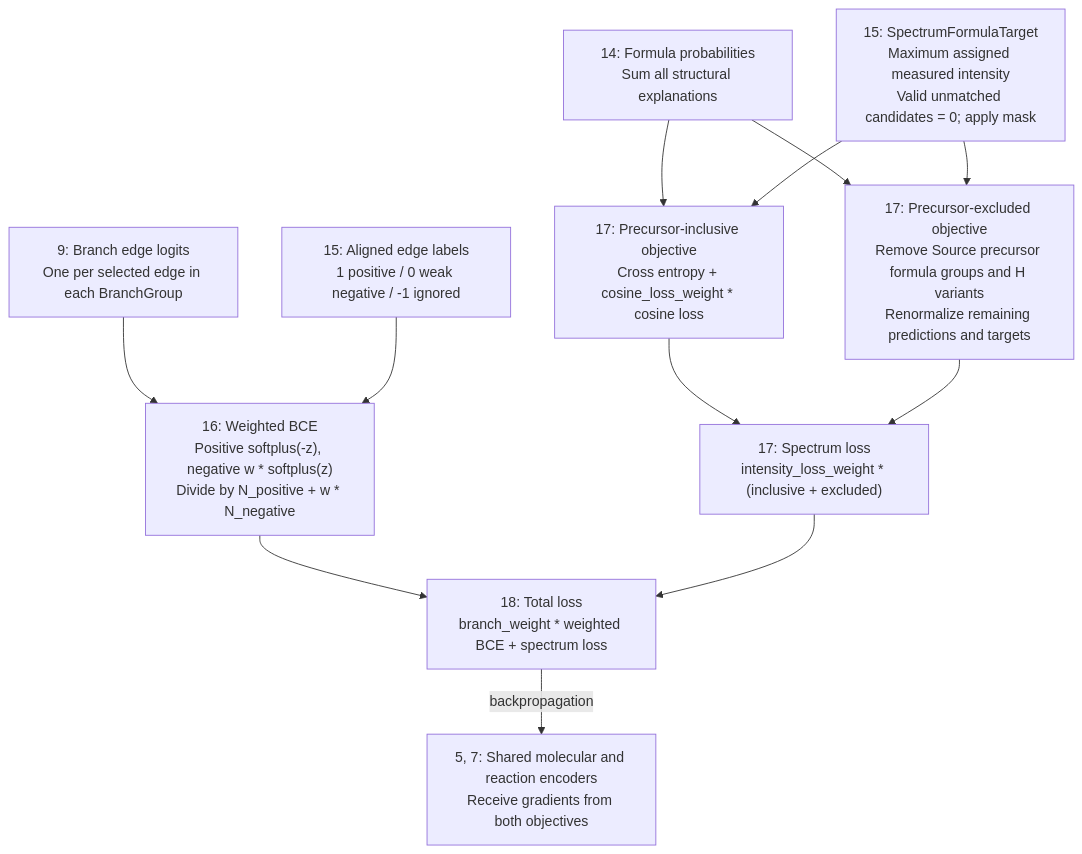
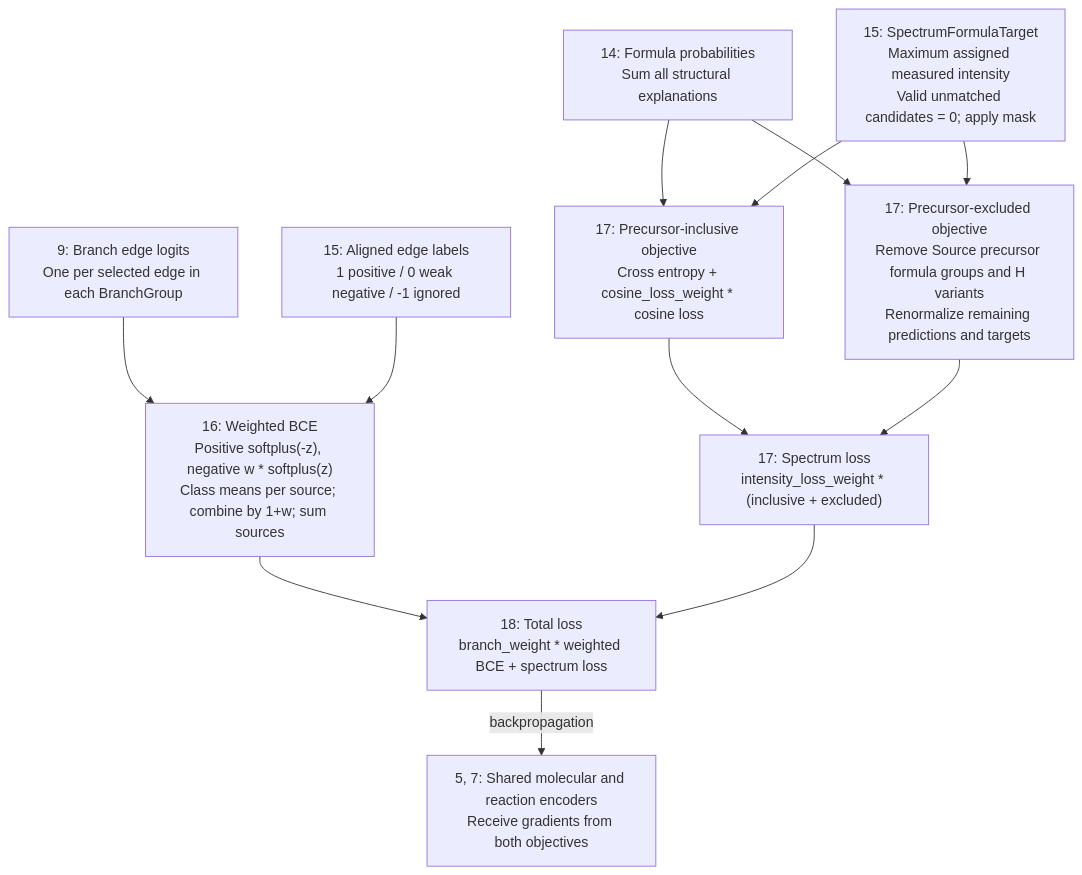
One commit to MotohiroOGAWA/FREDIS changed the third of 17 diagrams in fredis/ml/ARCHITECTURE_DETAILS.md. Above: the diagram before and after it, drawn with Mermaid. The commit also changed other lines of this file and 4 other files, not shown here.

````diff
--- a/fredis/ml/ARCHITECTURE_DETAILS.md
+++ b/fredis/ml/ARCHITECTURE_DETAILS.md
@@ -137,24 +137,24 @@
 ```mermaid
 flowchart TB
     LOGITS["9: Branch edge logits<br/>One per selected edge in each BranchGroup"]
     LABELS["15: Aligned edge labels<br/>1 positive / 0 weak negative / -1 ignored"]
-    BCE["16: Weighted BCE<br/>Positive softplus(-z), negative w * softplus(z)<br/>Divide by N_positive + w * N_negative"]
+    BCE["16: Weighted BCE<br/>Positive softplus(-z), negative w * softplus(z)<br/>Class means per source; combine by 1+w; sum sources"]
     PRED["14: Formula probabilities<br/>Sum all structural explanations"]
     TARGET["15: SpectrumFormulaTarget<br/>Maximum assigned measured intensity<br/>Valid unmatched candidates = 0; apply mask"]
     FULL["17: Precursor-inclusive objective<br/>Cross entropy + cosine_loss_weight * cosine loss"]
     EXCLUDE["17: Precursor-excluded objective<br/>Remove Source precursor formula groups and H variants<br/>Renormalize remaining predictions and targets"]
     SPEC["17: Spectrum loss<br/>intensity_loss_weight * (inclusive + excluded)"]
     TOTAL["18: Total loss<br/>branch_weight * weighted BCE + spectrum loss"]
     ENCODERS["5, 7: Shared molecular and reaction encoders<br/>Receive gradients from both objectives"]
     LOGITS --> BCE
     LABELS --> BCE
     PRED --> FULL
     TARGET --> FULL
     PRED --> EXCLUDE
     TARGET --> EXCLUDE
     FULL --> SPEC
     EXCLUDE --> SPEC
     BCE --> TOTAL
     SPEC --> TOTAL
     TOTAL -->|backpropagation| ENCODERS
 ```
````
